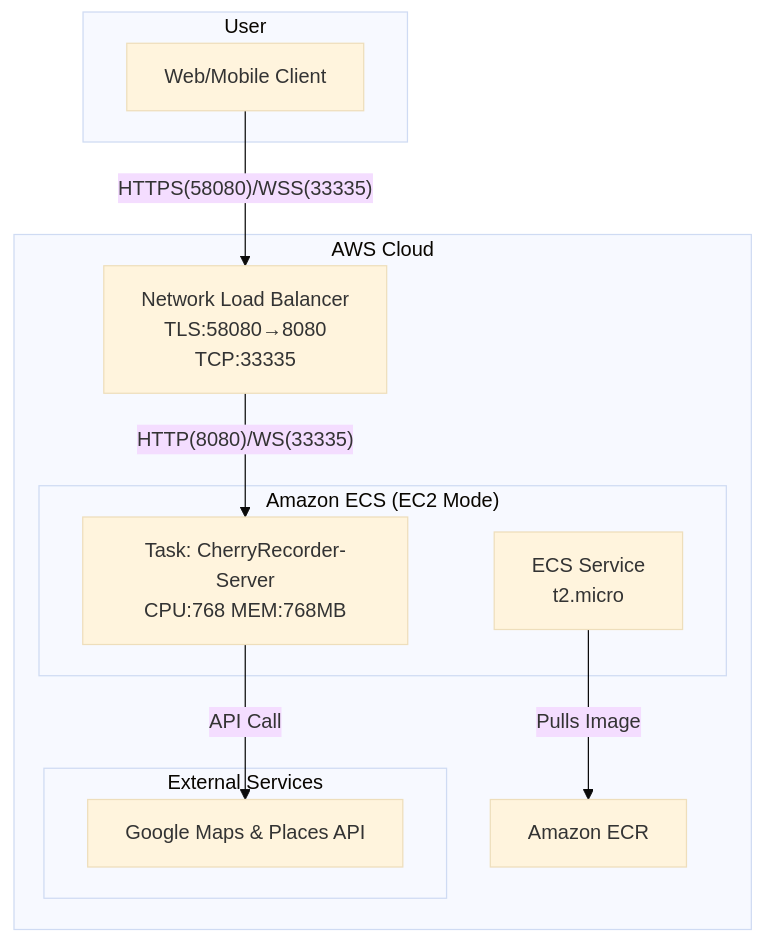
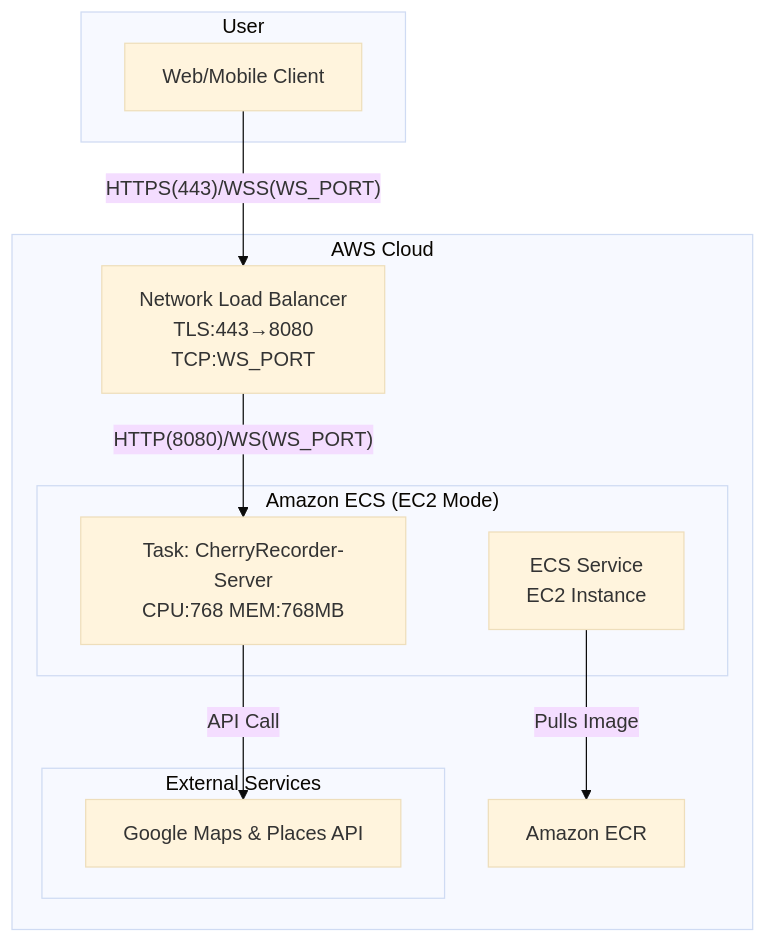
Before and after one commit to kugorang/CherryRecorder-Server: the diagram in README.md, drawn with Mermaid (base theme). The commit also changed other lines of this file and 2 other files, not shown here.

````diff
--- a/README.md
+++ b/README.md
@@ -52,23 +52,23 @@
 ```mermaid
 graph TD
     subgraph "User"
         U[Web/Mobile Client]
     end
 
     subgraph "AWS Cloud"
-        NLB[Network Load Balancer<br/>TLS:58080→8080<br/>TCP:33335]
+        NLB[Network Load Balancer<br/>TLS:443→8080<br/>TCP:WS_PORT]
         subgraph "Amazon ECS (EC2 Mode)"
-            ECS[ECS Service<br/>t2.micro]
+            ECS[ECS Service<br/>EC2 Instance]
             T[Task: CherryRecorder-Server<br/>CPU:768 MEM:768MB]
         end
         ECR[Amazon ECR]
         subgraph "External Services"
             G[Google Maps & Places API]
         end
     end
 
-    U -- HTTPS(58080)/WSS(33335) --> NLB
-    NLB -- HTTP(8080)/WS(33335) --> T
+    U -- HTTPS(443)/WSS(WS_PORT) --> NLB
+    NLB -- HTTP(8080)/WS(WS_PORT) --> T
     ECS -- Pulls Image --> ECR
     T -- API Call --> G
 ```
````
